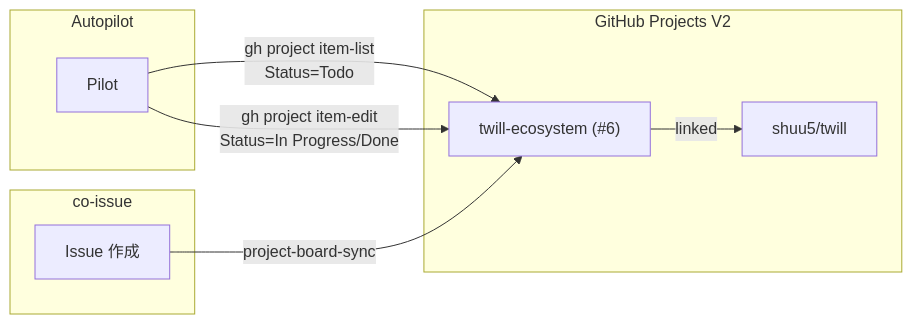
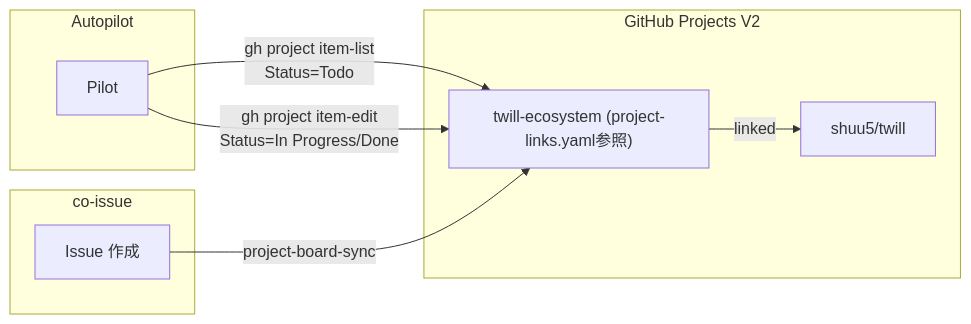
The sixth of 6 diagrams in plugins/twl/architecture/domain/model.md (shuu5/twill), drawn with Mermaid before and after one commit. The commit also changed 11 other files, not shown here.

First line of the commit message:
feat: project-links.yaml 導入 — Board #6 等の外部リンク集約 (#794)

````diff
--- a/plugins/twl/architecture/domain/model.md
+++ b/plugins/twl/architecture/domain/model.md
@@ -382,18 +382,18 @@
 ```mermaid
 flowchart LR
     subgraph "GitHub Projects V2"
-        PB["twill-ecosystem (#6)"]
+        PB["twill-ecosystem (project-links.yaml参照)"]
         PB -->|"linked"| R1["shuu5/twill"]
     end
 
     subgraph "Autopilot"
         PI["Pilot"]
         PI -->|"gh project item-list<br/>Status=Todo"| PB
         PI -->|"gh project item-edit<br/>Status=In Progress/Done"| PB
     end
 
     subgraph "co-issue"
         IS["Issue 作成"]
         IS -->|"project-board-sync"| PB
     end
 ```
````
